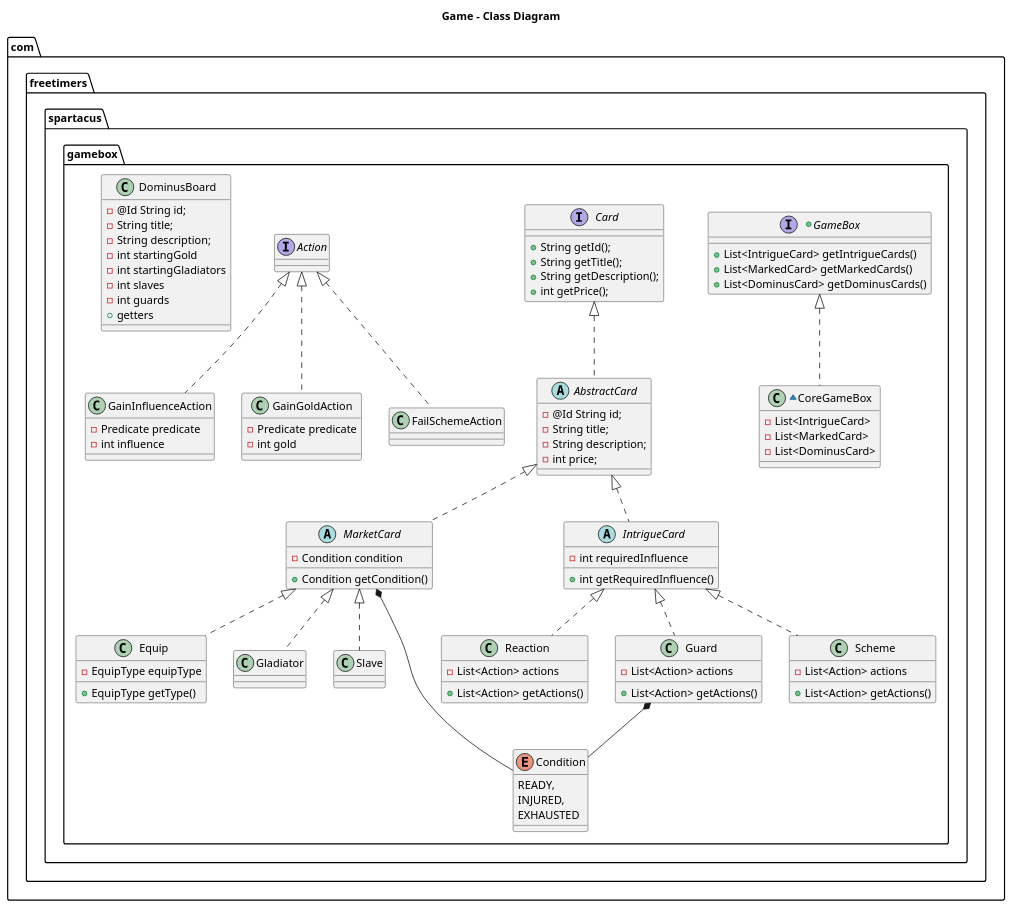
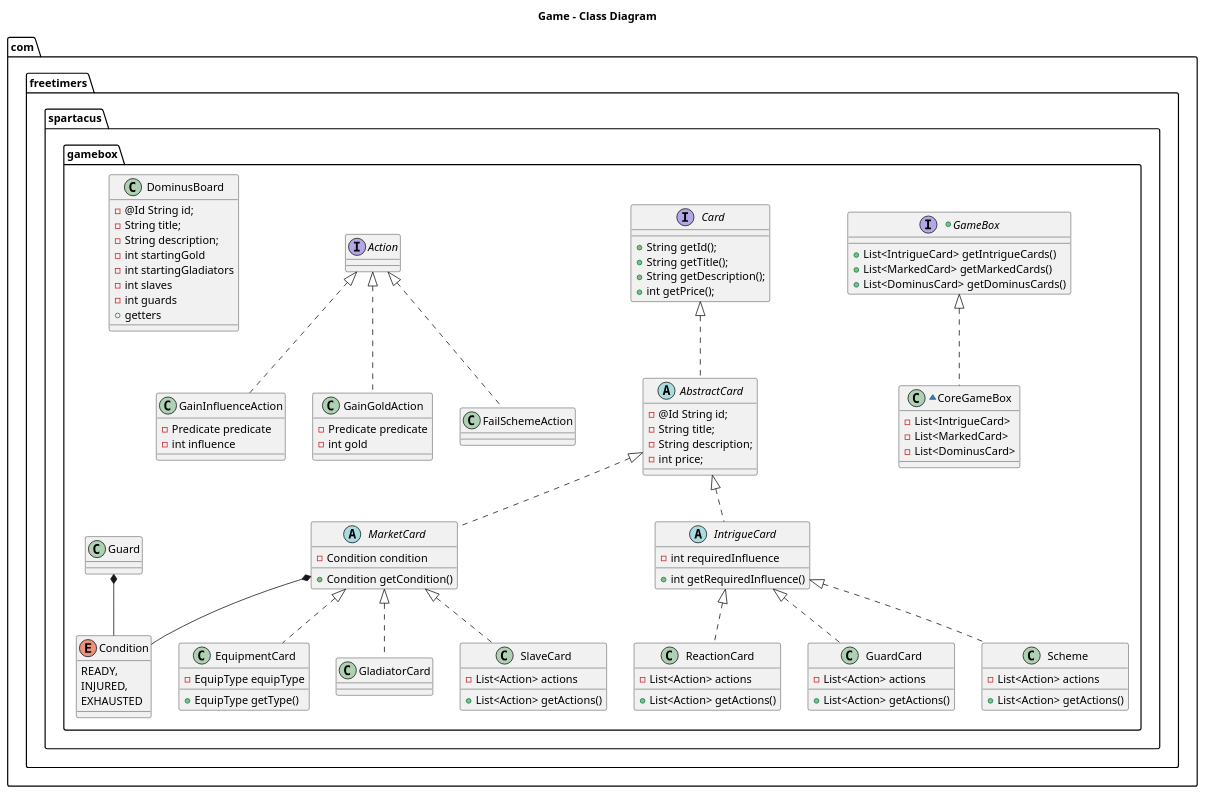
One commit to v-bodnar/Spartaaa changed the diagram in Docs/GameBoxClassDiagram.puml. Above: the diagram before and after it, drawn with PlantUML. The commit also changed 69 other files, not shown here.

```diff
--- a/Docs/GameBoxClassDiagram.puml
+++ b/Docs/GameBoxClassDiagram.puml
@@ -1,104 +1,106 @@
 @startuml
 
 title Game - Class Diagram
 
 package "com.freetimers.spartacus.gamebox"{
     +interface GameBox {
       + List<IntrigueCard> getIntrigueCards()
       + List<MarkedCard> getMarkedCards()
       + List<DominusCard> getDominusCards()
     }
 
     ~class CoreGameBox implements GameBox{
       -List<IntrigueCard>
       -List<MarkedCard>
       -List<DominusCard>
     }
 
     interface Card{
         + String getId();
         + String getTitle();
         + String getDescription();
         + int getPrice();
     }
 
     abstract class AbstractCard implements Card{
         - @Id String id;
         - String title;
         - String description;
         - int price;
     }
 
 
     abstract class MarketCard implements AbstractCard{
          - Condition condition
          + Condition getCondition()
     }
 
     abstract class IntrigueCard implements AbstractCard{
         - int requiredInfluence
         + int getRequiredInfluence()
     }
 
-    class Equip implements MarketCard{
+    class EquipmentCard implements MarketCard{
         - EquipType equipType
         + EquipType getType()
     }
 
-    class Gladiator implements MarketCard{
+    class GladiatorCard implements MarketCard{
     }
 
-    class Slave implements MarketCard{
-    }
-
-    class Reaction implements IntrigueCard{
+    class SlaveCard implements MarketCard{
         -List<Action> actions
         + List<Action> getActions()
     }
 
-    class Guard implements IntrigueCard{
+    class ReactionCard implements IntrigueCard{
+        -List<Action> actions
+        + List<Action> getActions()
+    }
+
+    class GuardCard implements IntrigueCard{
         -List<Action> actions
         + List<Action> getActions()
     }
 
     class Scheme implements IntrigueCard{
         -List<Action> actions
         + List<Action> getActions()
     }
 
     interface Action{
     }
 
     class GainInfluenceAction implements Action{
         - Predicate predicate
         - int influence
     }
     class GainGoldAction implements Action{
             - Predicate predicate
             - int gold
     }
 
     class FailSchemeAction implements Action{
     }
 
     class DominusBoard{
         - @Id String id;
         - String title;
         - String description;
         -int startingGold
         -int startingGladiators
         -int slaves
         -int guards
         + getters
     }
 
     enum Condition{
         READY,
         INJURED,
         EXHAUSTED
     }
 
     Guard *-- Condition
     MarketCard *-- Condition
 }
 @enduml
```
